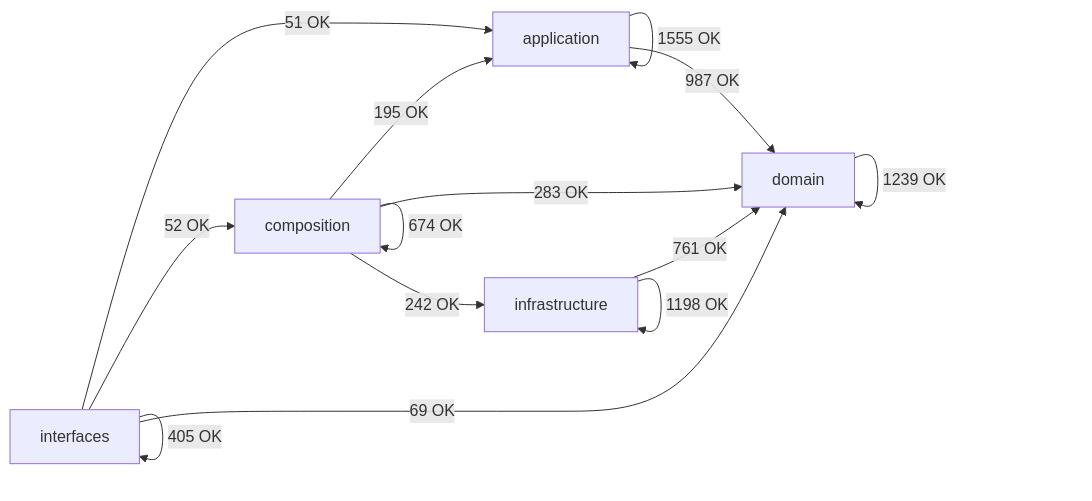
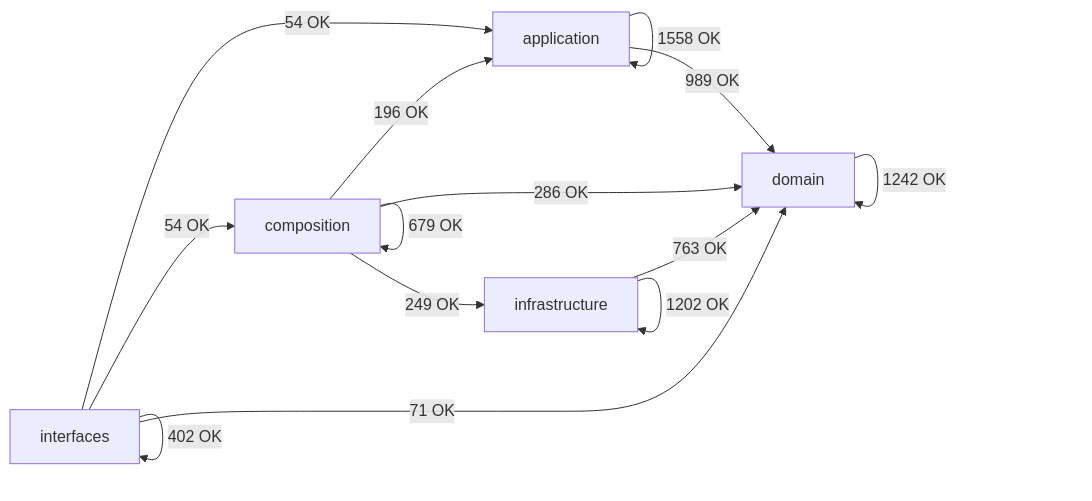
One commit to SatoryKono/BioactivityDataAcquisition changed the diagram in docs/02-architecture/generated/module-dependency-map.md. Above: the diagram before and after it, drawn with Mermaid. The commit also changed other lines of this file and 25 other files, not shown here.

````diff
--- a/docs/02-architecture/generated/module-dependency-map.md
+++ b/docs/02-architecture/generated/module-dependency-map.md
@@ -17,21 +17,21 @@
 ```mermaid
 flowchart LR
     domain[domain]
     application[application]
     infrastructure[infrastructure]
     composition[composition]
     interfaces[interfaces]
-    application -->|1555 OK| application
-    application -->|987 OK| domain
-    composition -->|195 OK| application
-    composition -->|674 OK| composition
-    composition -->|283 OK| domain
-    composition -->|242 OK| infrastructure
-    domain -->|1239 OK| domain
-    infrastructure -->|761 OK| domain
-    infrastructure -->|1198 OK| infrastructure
-    interfaces -->|51 OK| application
-    interfaces -->|52 OK| composition
-    interfaces -->|69 OK| domain
-    interfaces -->|405 OK| interfaces
+    application -->|1558 OK| application
+    application -->|989 OK| domain
+    composition -->|196 OK| application
+    composition -->|679 OK| composition
+    composition -->|286 OK| domain
+    composition -->|249 OK| infrastructure
+    domain -->|1242 OK| domain
+    infrastructure -->|763 OK| domain
+    infrastructure -->|1202 OK| infrastructure
+    interfaces -->|54 OK| application
+    interfaces -->|54 OK| composition
+    interfaces -->|71 OK| domain
+    interfaces -->|402 OK| interfaces
 ```
````
